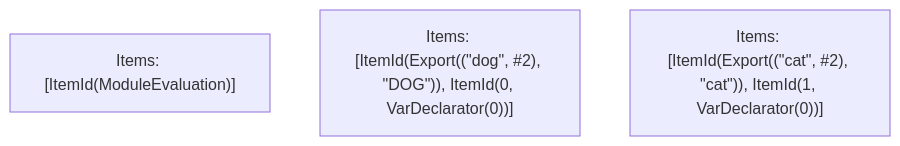
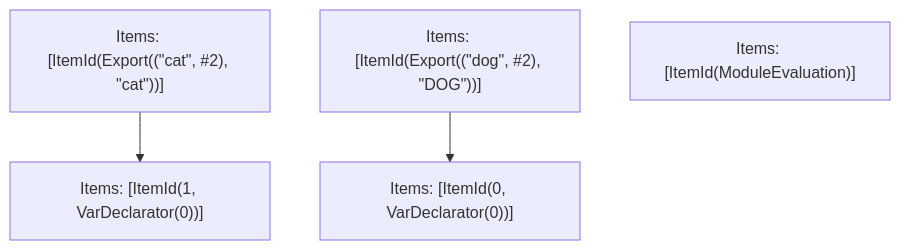
The fifth of 5 diagrams in crates/turbopack-ecmascript/tests/tree-shaker/analyzer/multi-export/output.md (vercel/turborepo), drawn with Mermaid before and after one commit. The commit also changed other lines of this file and 72 other files, not shown here.

````diff
--- a/crates/turbopack-ecmascript/tests/tree-shaker/analyzer/multi-export/output.md
+++ b/crates/turbopack-ecmascript/tests/tree-shaker/analyzer/multi-export/output.md
@@ -80,6 +80,10 @@
 ```mermaid
 graph TD
-    N0["Items: [ItemId(ModuleEvaluation)]"];
-    N1["Items: [ItemId(Export((&quot;dog&quot;, #2), &quot;DOG&quot;)), ItemId(0, VarDeclarator(0))]"];
-    N2["Items: [ItemId(Export((&quot;cat&quot;, #2), &quot;cat&quot;)), ItemId(1, VarDeclarator(0))]"];
+    N0["Items: [ItemId(1, VarDeclarator(0))]"];
+    N1["Items: [ItemId(Export((&quot;cat&quot;, #2), &quot;cat&quot;))]"];
+    N2["Items: [ItemId(0, VarDeclarator(0))]"];
+    N3["Items: [ItemId(Export((&quot;dog&quot;, #2), &quot;DOG&quot;))]"];
+    N4["Items: [ItemId(ModuleEvaluation)]"];
+    N3 --> N2;
+    N1 --> N0;
 ```
````
